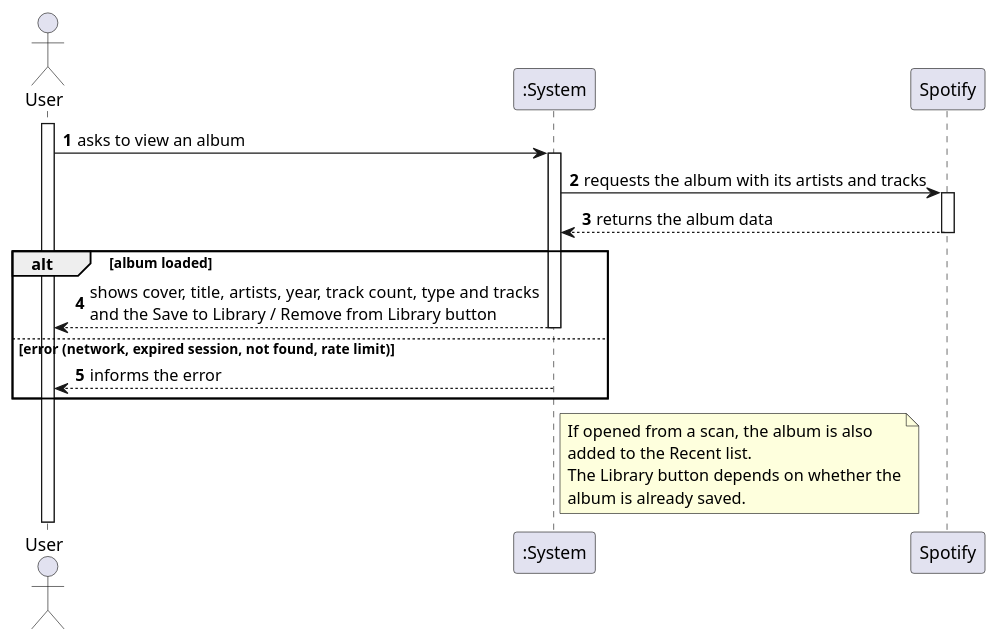
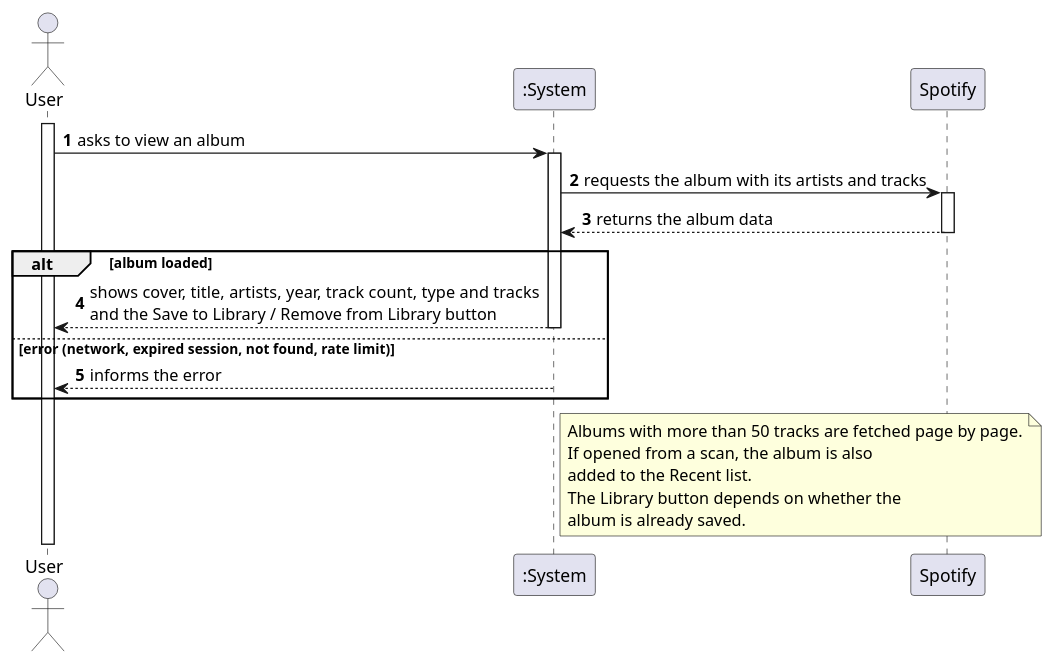
Before and after one commit to nunoc-isep/DSSMV_ProjectDroid_1251610_1241122: the diagram in docs/uml/ssd_03_view_album.puml, drawn with PlantUML. The commit also changed 67 other files, not shown here.

Commit message:
Adição de novos diagramas e atualização dos antigos.

```diff
--- a/docs/uml/ssd_03_view_album.puml
+++ b/docs/uml/ssd_03_view_album.puml
@@ -1,27 +1,27 @@
 @startuml
 autoactivate on
 autonumber
 
 actor "User" as User
 participant ":System" as System
 participant "Spotify" as Spotify
 
 activate User
 
 User -> System: asks to view an album
 System -> Spotify: requests the album with its artists and tracks
 Spotify --> System: returns the album data
 alt album loaded
   System --> User: shows cover, title, artists, year, track count, type and tracks\nand the Save to Library / Remove from Library button
 else error (network, expired session, not found, rate limit)
   System --> User: informs the error
 end
 
 note right of System
+  Albums with more than 50 tracks are fetched page by page.
   If opened from a scan, the album is also
   added to the Recent list.
   The Library button depends on whether the
   album is already saved.
 end note
-
 @enduml
```
